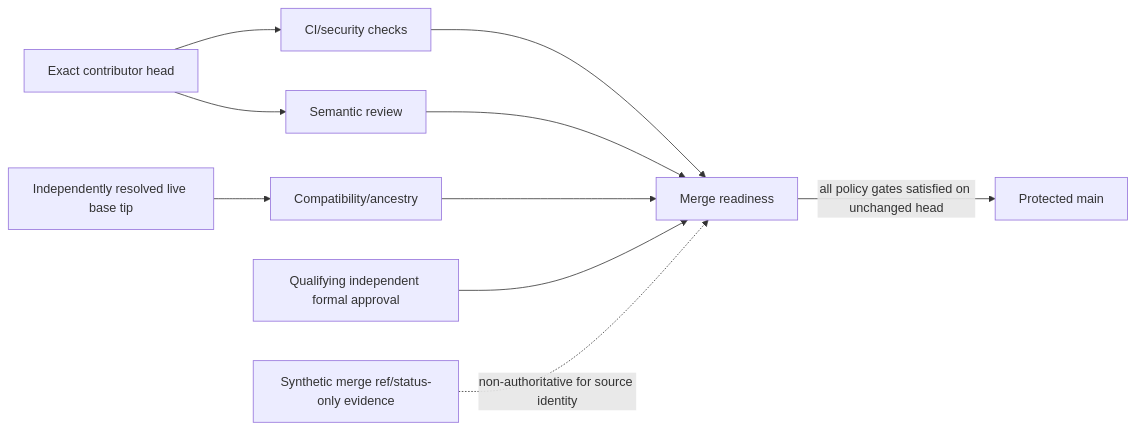
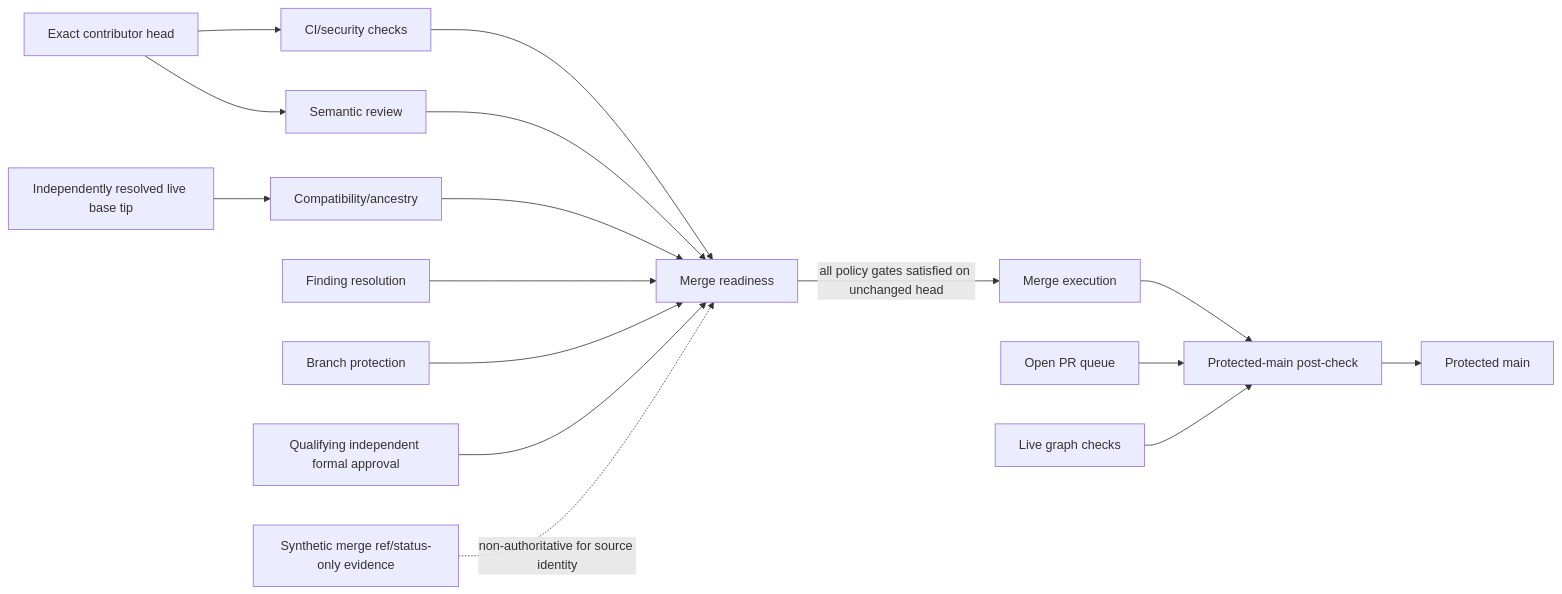
The seventh of 8 diagrams in docs/architecture/UML.md (ContextualWisdomLab/pg-llm-batch), drawn with Mermaid before and after one commit. The commit also changed other lines of this file, not shown here.

Commit message:
docs(uml): model live checkpoint and merge authority flows

````diff
--- a/docs/architecture/UML.md
+++ b/docs/architecture/UML.md
@@ -117,12 +124,18 @@
 ```mermaid
 flowchart LR
     SRC[Exact contributor head] --> CI[CI/security checks]
     BASE[Independently resolved live base tip] --> COMP[Compatibility/ancestry]
     SRC --> REV[Semantic review]
     CI --> GATE[Merge readiness]
     COMP --> GATE
     REV --> GATE
+    FIND[Finding resolution] --> GATE
+    BP[Branch protection] --> GATE
     APP[Qualifying independent formal approval] --> GATE
-    GATE -->|all policy gates satisfied on unchanged head| MAIN[Protected main]
+    GATE -->|all policy gates satisfied on unchanged head| MERGE[Merge execution]
+    MERGE --> POST[Protected-main post-check]
+    QUEUE[Open PR queue] --> POST
+    LIVE[Live graph checks] --> POST
+    POST --> MAIN[Protected main]
     SYN[Synthetic merge ref/status-only evidence] -. non-authoritative for source identity .-> GATE
 ```
````
